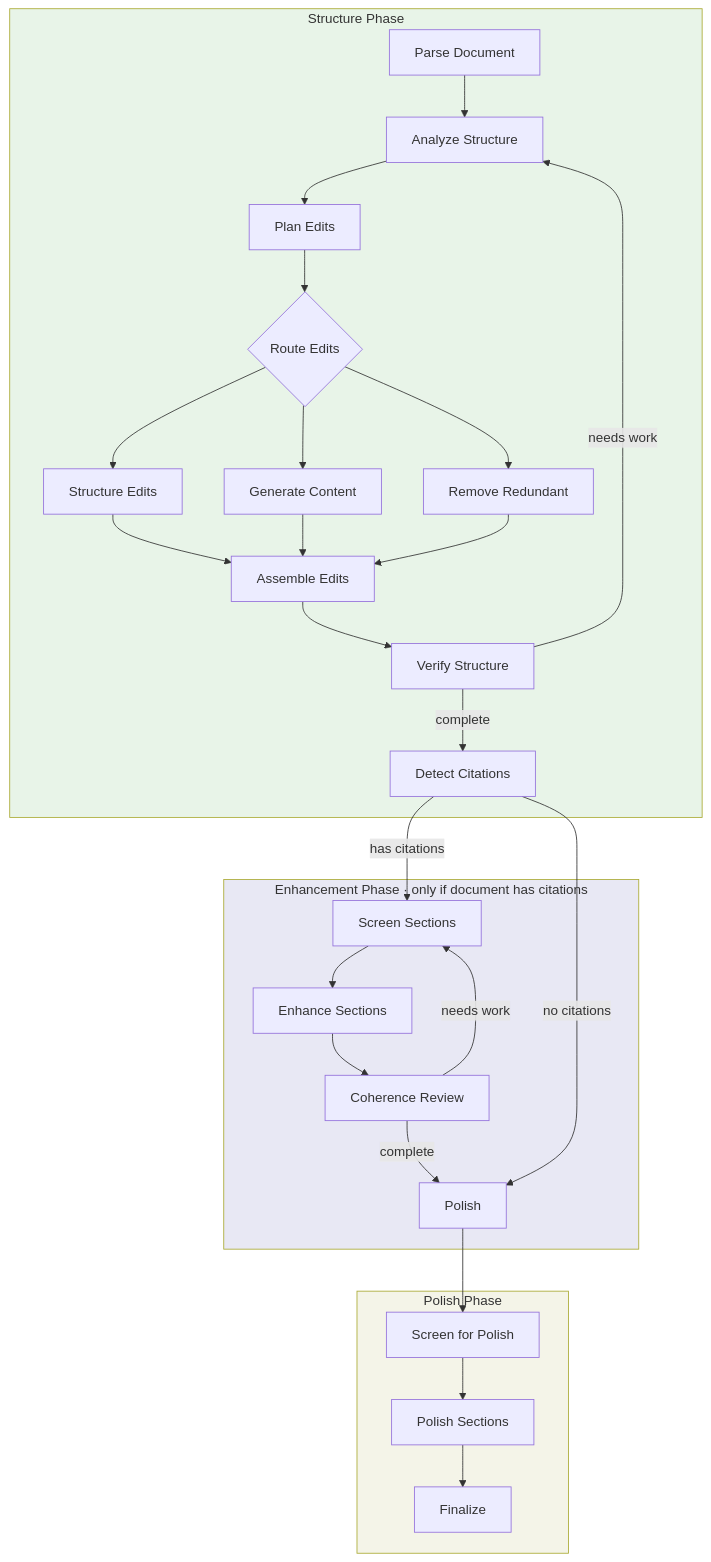
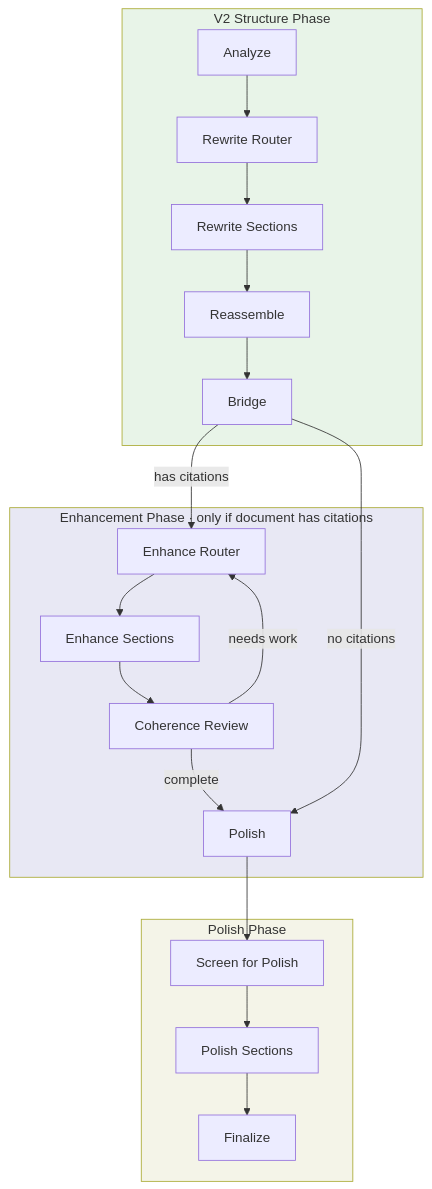
Before and after one commit to DaveCBeck/thala: the diagram in workflows/enhance/editing/README.md, drawn with Mermaid. The commit also changed other lines of this file and 22 other files, not shown here.

First line of the commit message:
refactor(editing): replace V1 structure phase with V2 approach

````diff
--- a/workflows/enhance/editing/README.md
+++ b/workflows/enhance/editing/README.md
@@ -45,34 +50,28 @@
 ```mermaid
 flowchart TD
-    subgraph structure ["Structure Phase"]
-        A[Parse Document] --> B[Analyze Structure]
-        B --> C[Plan Edits]
-        C --> D{Route Edits}
-        D --> E[Structure Edits]
-        D --> F[Generate Content]
-        D --> G[Remove Redundant]
-        E & F & G --> H[Assemble Edits]
-        H --> I[Verify Structure]
-        I -->|needs work| B
-        I -->|complete| J[Detect Citations]
+    subgraph structure ["V2 Structure Phase"]
+        A[Analyze] --> B[Rewrite Router]
+        B --> C[Rewrite Sections]
+        C --> D[Reassemble]
+        D --> E[Bridge]
     end
 
     subgraph enhance ["Enhancement Phase · only if document has citations"]
-        J -->|has citations| K[Screen Sections]
-        K --> L[Enhance Sections]
-        L --> M[Coherence Review]
-        M -->|needs work| K
-        M -->|complete| N[Polish]
+        E -->|has citations| F[Enhance Router]
+        F --> G[Enhance Sections]
+        G --> H[Coherence Review]
+        H -->|needs work| F
+        H -->|complete| I[Polish]
     end
 
     subgraph polish ["Polish Phase"]
-        J -->|no citations| N
-        N --> O[Screen for Polish]
-        O --> P[Polish Sections]
-        P --> Q[Finalize]
+        E -->|no citations| I
+        I --> J[Screen for Polish]
+        J --> K[Polish Sections]
+        K --> L[Finalize]
     end
 
     style structure fill:#e8f4e8
     style enhance fill:#e8e8f4
     style polish fill:#f4f4e8
 ```
````
